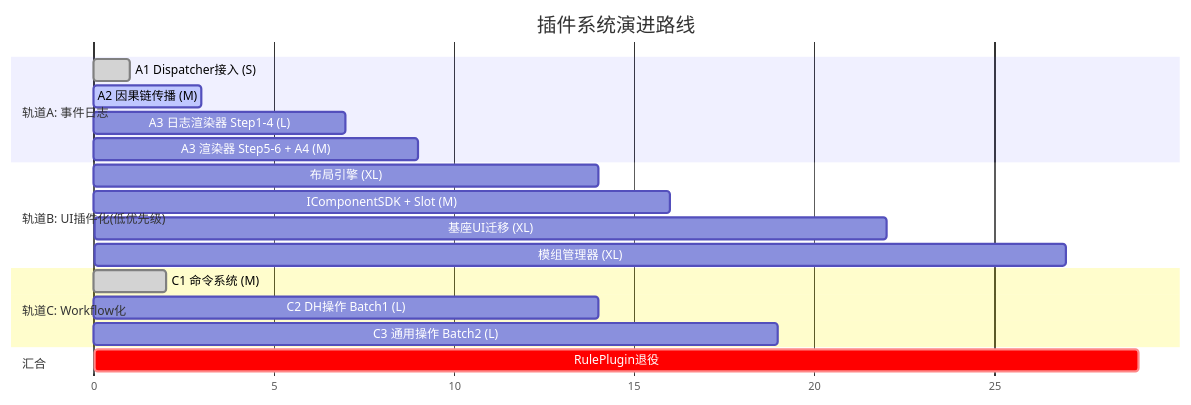
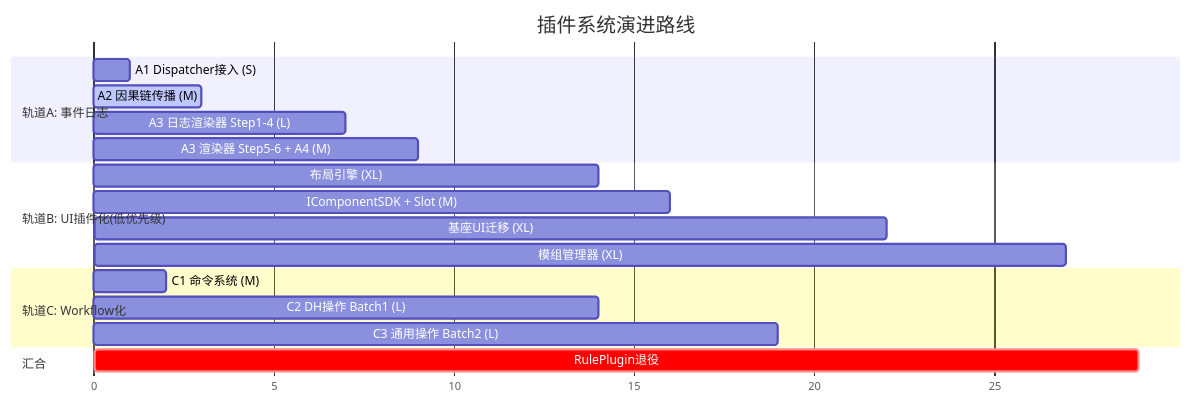
Before and after one commit to RidRisR/myVTT: the seventh of 18 diagrams in docs/design/17-插件系统演进路线.md, drawn with Mermaid. The commit also changed other lines of this file and 11 other files, not shown here.

````diff
--- a/docs/design/17-插件系统演进路线.md
+++ b/docs/design/17-插件系统演进路线.md
@@ -261,26 +261,26 @@
 ```mermaid
 gantt
     title 插件系统演进路线
     dateFormat X
     axisFormat %s
 
     section 轨道A: 事件日志
-    A1 Dispatcher接入 (S)         :done, a1, 0, 1
+    A1 Dispatcher接入 (S)         :a1, 0, 1
     A2 因果链传播 (M)             :active, a2, 1, 3
     A3 日志渲染器 Step1-4 (L)     :a3, 3, 7
     A3 渲染器 Step5-6 + A4 (M)   :a4, 7, 9
 
     section 轨道B: UI插件化(低优先级)
     布局引擎 (XL)                 :b1, 9, 14
     IComponentSDK + Slot (M)      :b2, 14, 16
     基座UI迁移 (XL)               :b3, 16, 22
     模组管理器 (XL)               :b4, 22, 27
 
     section 轨道C: Workflow化
-    C1 命令系统 (M)               :done, c1, 0, 2
+    C1 命令系统 (M)               :c1, 0, 2
     C2 DH操作 Batch1 (L)          :c2, 9, 14
     C3 通用操作 Batch2 (L)        :c3, 14, 19
 
     section 汇合
     RulePlugin退役                :crit, fin, 27, 29
 ```
````
